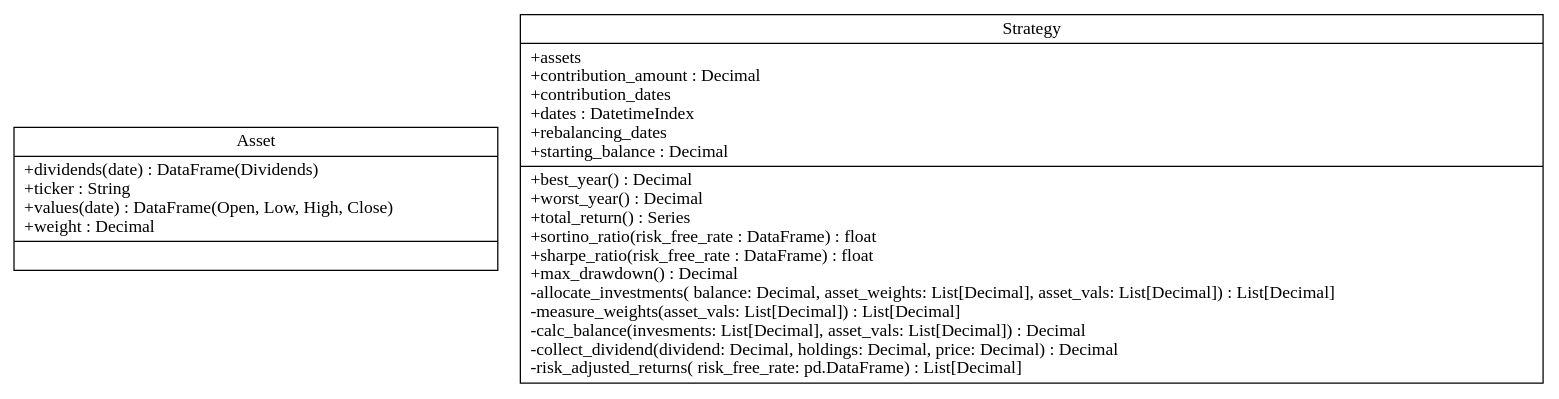
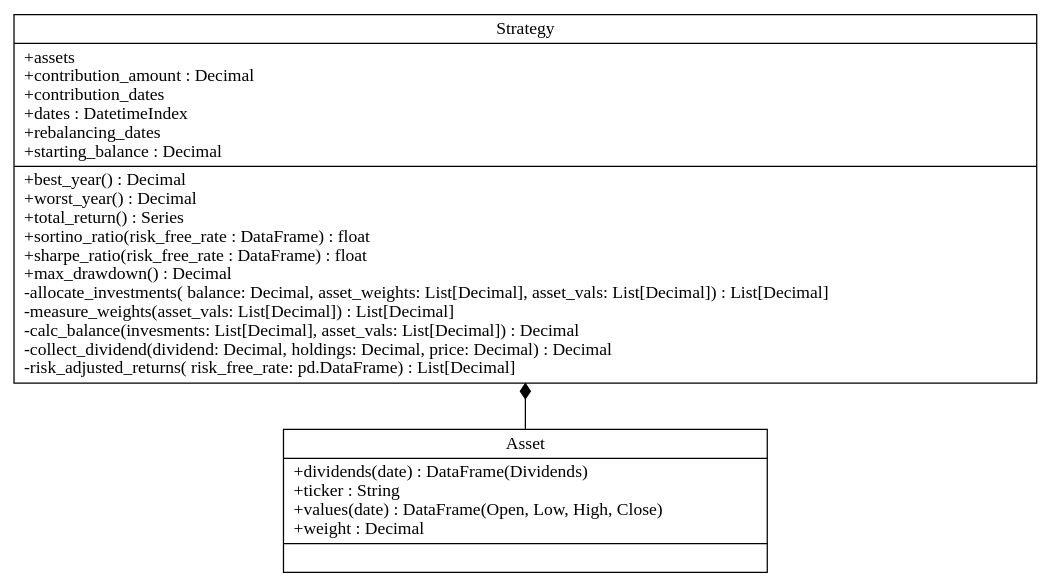
One commit to Veluga/Thalia-Backtesting-Tool changed the diagram in Report/uml/classes_analyse_data.dot. Above: the diagram before and after it, drawn with Graphviz. The commit also changed 2 other files, not shown here.

```diff
--- a/Report/uml/classes_analyse_data.dot
+++ b/Report/uml/classes_analyse_data.dot
@@ -1,10 +1,11 @@
 digraph "classes" {
 charset="utf-8"
 rankdir=BT
 "0" [label="{Asset|+dividends(date) : DataFrame(Dividends)\l+ticker : String\l+values(date) : DataFrame(Open, Low, High, Close)\l+weight : Decimal\l|}", shape="record"];
 "1" [label="{Strategy|+assets\l+contribution_amount : Decimal\l+contribution_dates\l+dates : DatetimeIndex\l+rebalancing_dates\l+starting_balance : Decimal\l|+best_year() : Decimal\l+worst_year() : Decimal\l+total_return() : Series\l+sortino_ratio(risk_free_rate : DataFrame) : float\l+sharpe_ratio(risk_free_rate : DataFrame) : float\l+max_drawdown() : Decimal\l-allocate_investments(
     balance: Decimal, asset_weights: List[Decimal], asset_vals: List[Decimal]) : List[Decimal]\l-measure_weights(asset_vals: List[Decimal]) : List[Decimal]\l-calc_balance(invesments: List[Decimal], asset_vals: List[Decimal]) : Decimal\l-collect_dividend(dividend: Decimal, holdings: Decimal, price: Decimal) : Decimal\l-risk_adjusted_returns(
     risk_free_rate: pd.DataFrame
 ) : List[Decimal]\l}", shape="record"];
+"0" -> "1" [arrowhead="diamond", arrowtail="none", style="solid"];
 
 }
```
